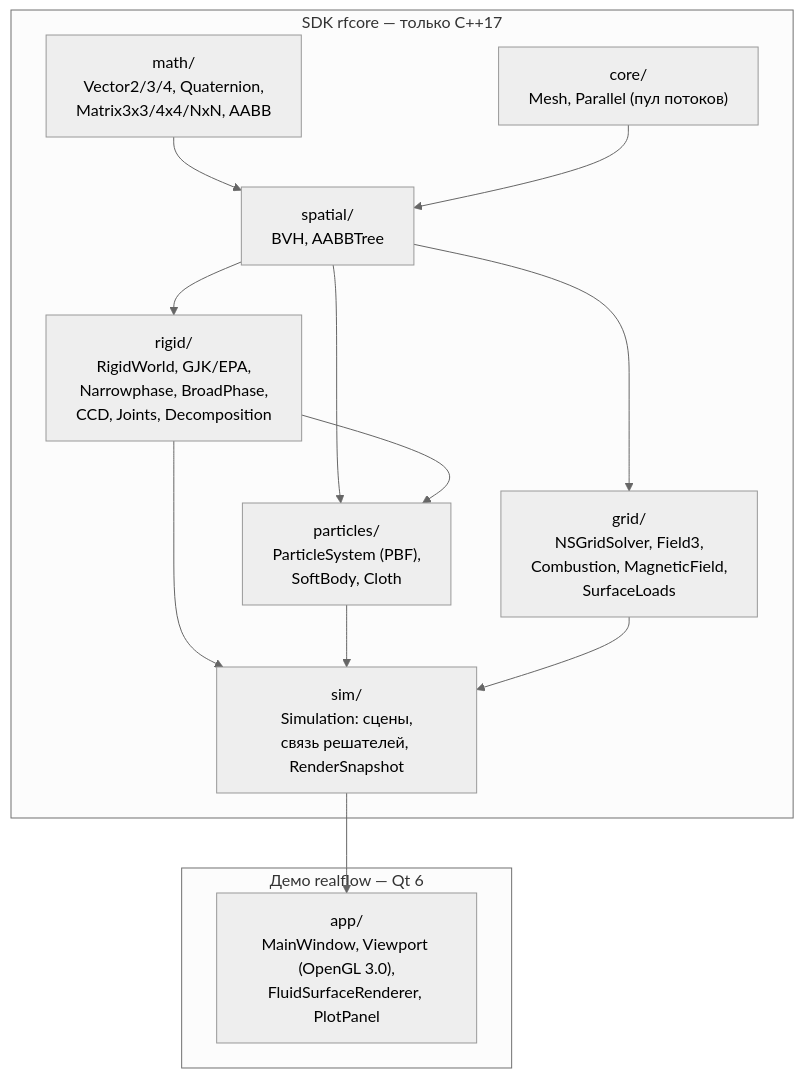
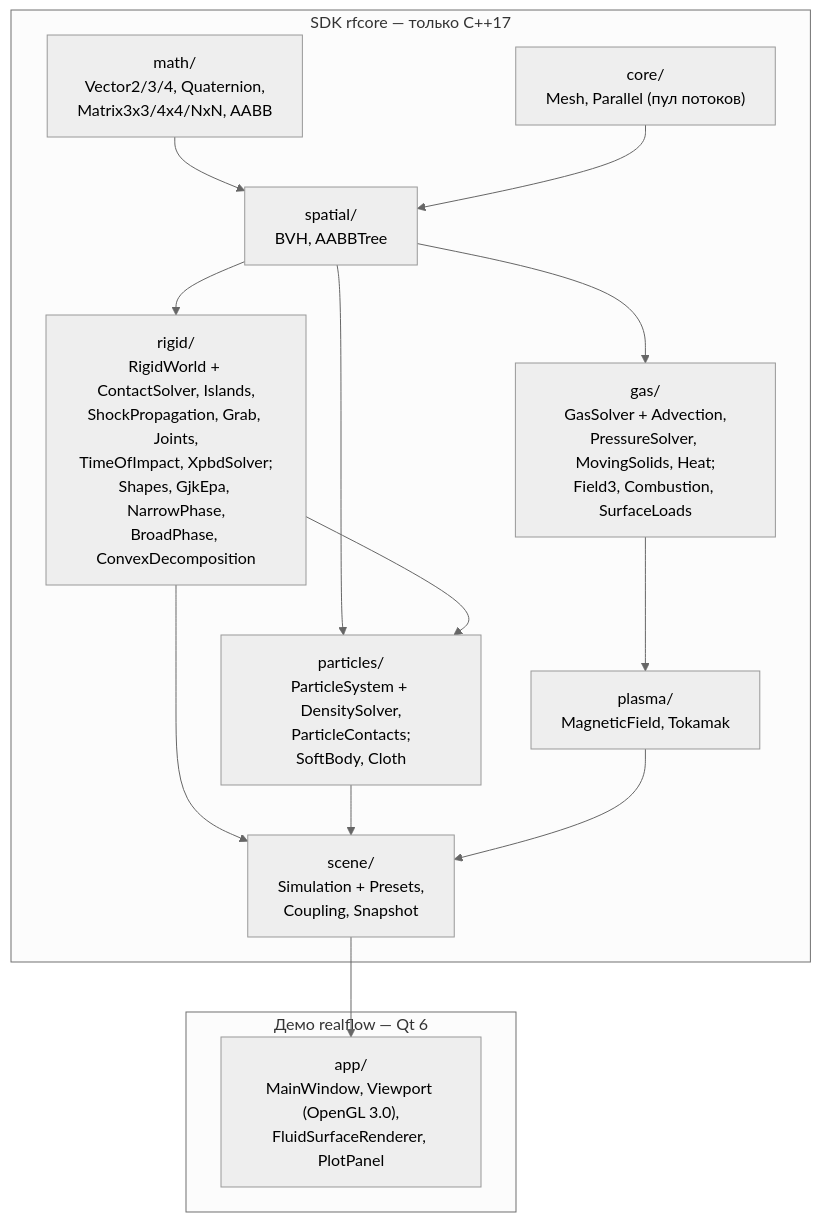
The diagram in docs/README.md (werasaimon/phys_realflow), drawn with Mermaid (neutral theme) before and after one commit. The commit also changed other lines of this file and 71 other files, not shown here.

````diff
--- a/docs/README.md
+++ b/docs/README.md
@@ -38,25 +38,27 @@
 ```mermaid
 flowchart TB
     subgraph SDK["SDK rfcore — только C++17"]
         math["math/<br/>Vector2/3/4, Quaternion,<br/>Matrix3x3/4x4/NxN, AABB"]
         core["core/<br/>Mesh, Parallel (пул потоков)"]
         spatial["spatial/<br/>BVH, AABBTree"]
-        rigid["rigid/<br/>RigidWorld, GJK/EPA,<br/>Narrowphase, BroadPhase,<br/>CCD, Joints, Decomposition"]
-        particles["particles/<br/>ParticleSystem (PBF),<br/>SoftBody, Cloth"]
-        grid["grid/<br/>NSGridSolver, Field3,<br/>Combustion, MagneticField,<br/>SurfaceLoads"]
-        sim["sim/<br/>Simulation: сцены,<br/>связь решателей, RenderSnapshot"]
+        rigid["rigid/<br/>RigidWorld + ContactSolver, Islands,<br/>ShockPropagation, Grab, Joints,<br/>TimeOfImpact, XpbdSolver;<br/>Shapes, GjkEpa, NarrowPhase,<br/>BroadPhase, ConvexDecomposition"]
+        particles["particles/<br/>ParticleSystem + DensitySolver,<br/>ParticleContacts;<br/>SoftBody, Cloth"]
+        gas["gas/<br/>GasSolver + Advection,<br/>PressureSolver, MovingSolids, Heat;<br/>Field3, Combustion, SurfaceLoads"]
+        plasma["plasma/<br/>MagneticField, Tokamak"]
+        scene["scene/<br/>Simulation + Presets,<br/>Coupling, Snapshot"]
         math --> spatial
         core --> spatial
         spatial --> rigid
         spatial --> particles
-        spatial --> grid
+        spatial --> gas
+        gas --> plasma
         rigid --> particles
-        rigid --> sim
-        particles --> sim
-        grid --> sim
+        rigid --> scene
+        particles --> scene
+        plasma --> scene
     end
     subgraph APP["Демо realflow — Qt 6"]
         app["app/<br/>MainWindow, Viewport (OpenGL 3.0),<br/>FluidSurfaceRenderer, PlotPanel"]
     end
-    sim --> app
+    scene --> app
 ```
````
